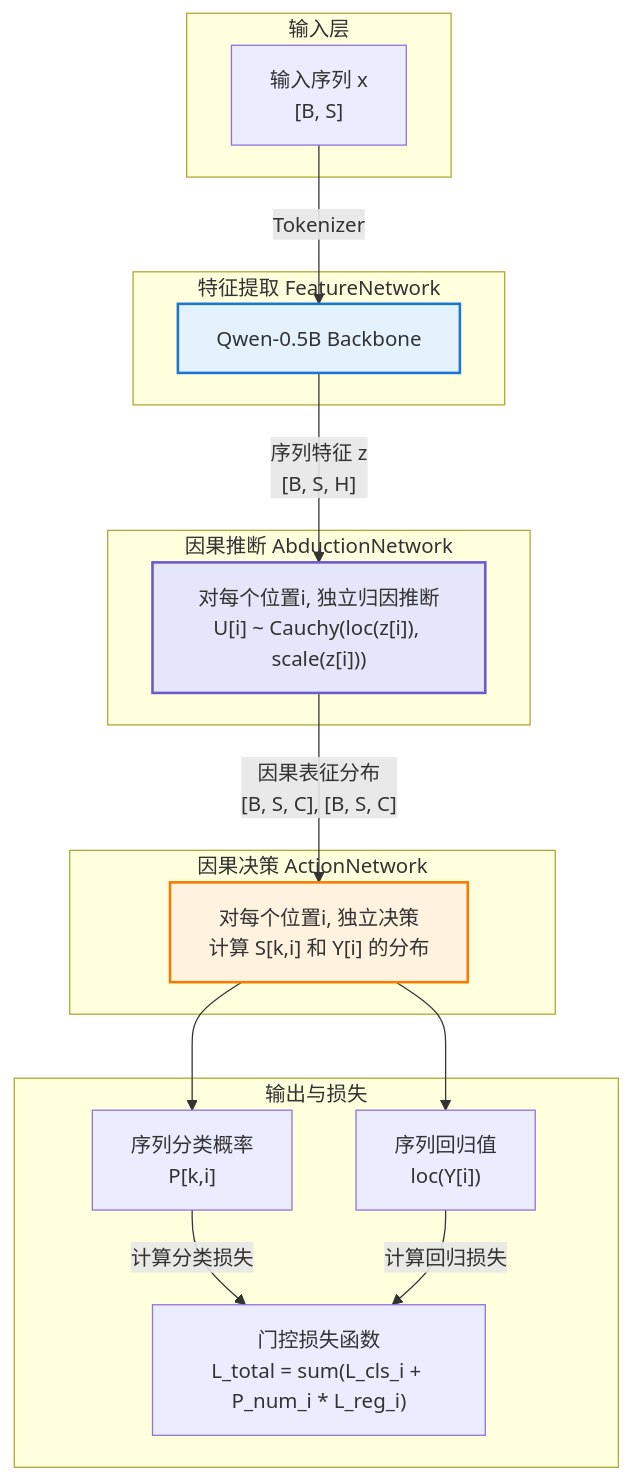
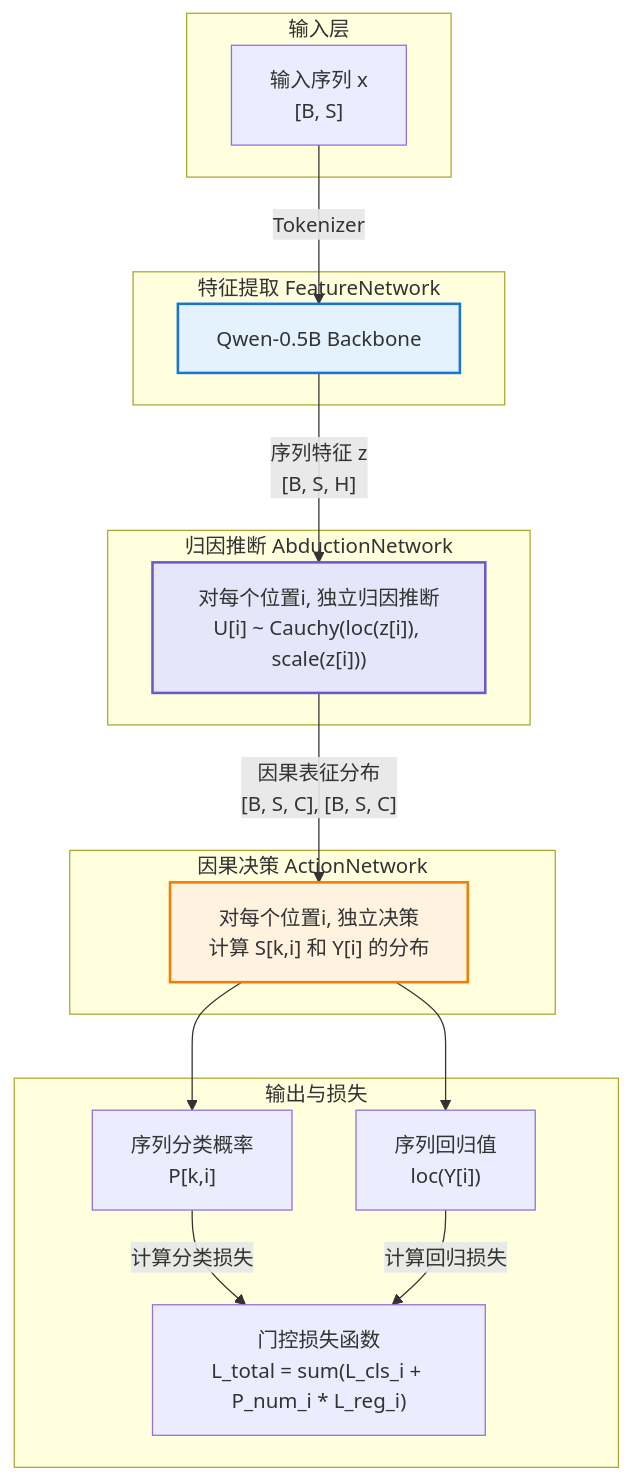
Before and after one commit to 1587causalai/CausalQwen: the first of 2 diagrams in design-docs/core-design.md, drawn with Mermaid. The commit also changed other lines of this file and 7 other files, not shown here.

````diff
--- a/design-docs/core-design.md
+++ b/design-docs/core-design.md
@@ -41,36 +41,36 @@
 ```mermaid
 graph TD
     subgraph "输入层"
         A["输入序列 x<br>[B, S]"]
     end
 
     subgraph "特征提取 FeatureNetwork"
         B["Qwen-0.5B Backbone"]
     end
 
-    subgraph "因果推断 AbductionNetwork"
+    subgraph "归因推断 AbductionNetwork"
         D["对每个位置i, 独立归因推断<br>U[i] ~ Cauchy(loc(z[i]), scale(z[i]))"]
     end
 
     subgraph "因果决策 ActionNetwork"
         F["对每个位置i, 独立决策<br>计算 S[k,i] 和 Y[i] 的分布"]
     end
 
     subgraph "输出与损失"
         G["序列分类概率<br>P[k,i]"]
         H["序列回归值<br>loc(Y[i])"]
         I["门控损失函数<br>L_total = sum(L_cls_i + P_num_i * L_reg_i)"]
     end
 
     A -- "Tokenizer" --> B
     B -- "序列特征 z<br>[B, S, H]" --> D
     D -- "因果表征分布<br>[B, S, C], [B, S, C]" --> F
     F --> G
     F --> H
     G -- "计算分类损失" --> I
     H -- "计算回归损失" --> I
 
     style B fill:#e3f2fd,stroke:#1976d2,stroke-width:2px
     style D fill:#e6e6fa,stroke:#6a5acd,stroke-width:2px
     style F fill:#fff3e0,stroke:#f57c00,stroke-width:2px
 ```
````
